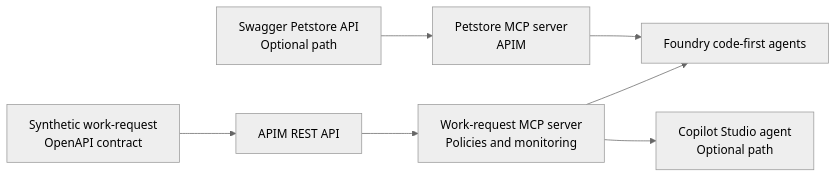
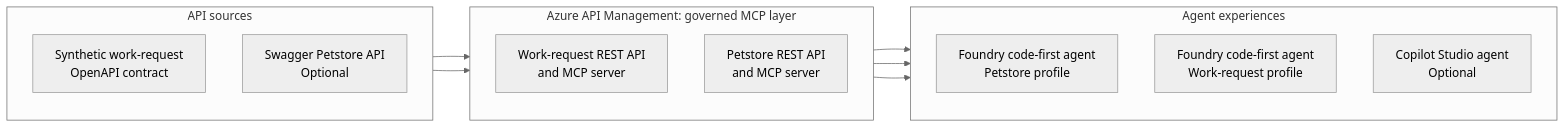
The diagram in README.md (yurilausberg/foundry-apim-mcp-workshop), drawn with Mermaid (neutral theme) before and after one commit.

Commit message:
Refine README Mermaid architecture
Use aligned API, APIM, and agent columns with separate work-request and Petstore Foundry profiles.

Copilot-Session: aa1a2148-b4d0-4cc5-94ea-497594b4b72a

````diff
--- a/README.md
+++ b/README.md
@@ -9,9 +9,27 @@
 ```mermaid
 flowchart LR
-    SPEC["Synthetic work-request<br/>OpenAPI contract"] --> REST["APIM REST API"]
-    REST --> WORKMCP["Work-request MCP server<br/>Policies and monitoring"]
-    PETSTORE["Swagger Petstore API<br/>Optional path"] --> PETMCP["Petstore MCP server<br/>APIM"]
-    WORKMCP --> FOUNDRY["Foundry code-first agents"]
-    PETMCP --> FOUNDRY
-    WORKMCP --> COPILOT["Copilot Studio agent<br/>Optional path"]
+    subgraph SOURCES["API sources"]
+        direction TB
+        WORK["Synthetic work-request<br/>OpenAPI contract"]
+        PET["Swagger Petstore API<br/>Optional"]
+    end
+
+    subgraph APIM["Azure API Management: governed MCP layer"]
+        direction TB
+        WORKMCP["Work-request REST API<br/>and MCP server"]
+        PETMCP["Petstore REST API<br/>and MCP server"]
+    end
+
+    subgraph AGENTS["Agent experiences"]
+        direction TB
+        PETAGENT["Foundry code-first agent<br/>Petstore profile"]
+        WORKAGENT["Foundry code-first agent<br/>Work-request profile"]
+        COPILOT["Copilot Studio agent<br/>Optional"]
+    end
+
+    PET --> PETMCP
+    WORK --> WORKMCP
+    PETMCP --> PETAGENT
+    WORKMCP --> WORKAGENT
+    WORKMCP --> COPILOT
 ```
````
